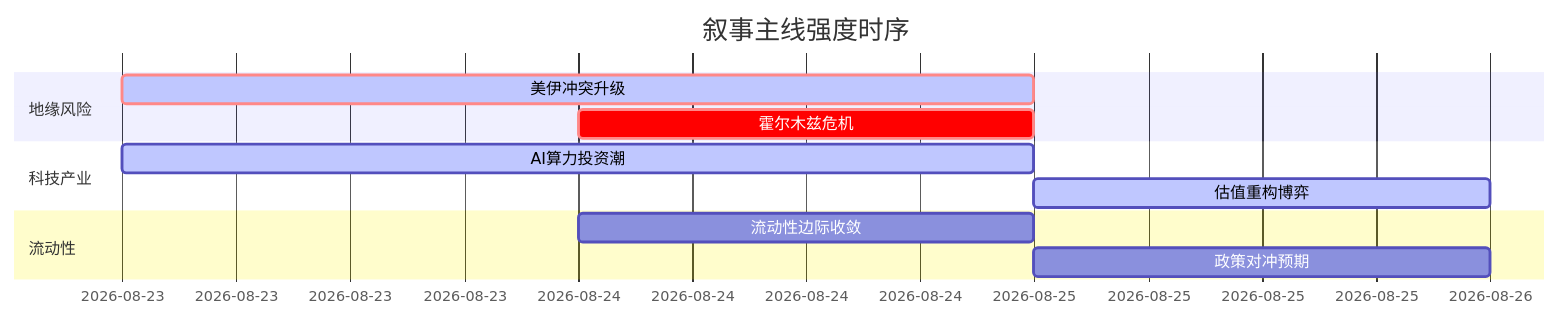
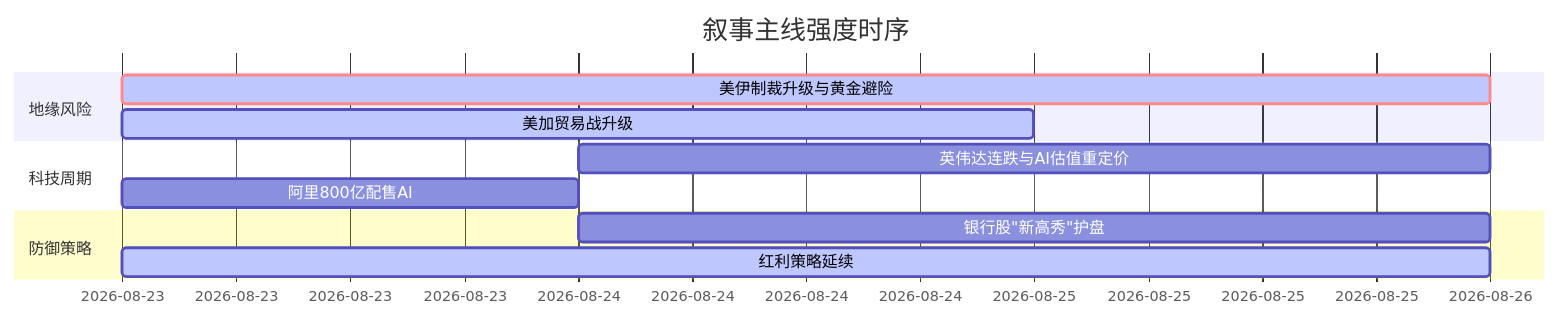
One commit to uu5zn/uu5zn.github.io changed the diagram in 5day_report.md. Above: the diagram before and after it, drawn with Mermaid. The commit also changed other lines of this file and 24 other files, not shown here.

````diff
--- a/5day_report.md
+++ b/5day_report.md
@@ -58,16 +58,16 @@
 ```mermaid
 gantt
     title 叙事主线强度时序
     dateFormat YYYY-MM-DD
     section 地缘风险
-    美伊冲突升级   :crit, active, 2026-08-23, 2d
-    霍尔木兹危机   :crit, 2026-08-24, 1d
+    美伊制裁升级与黄金避险   :crit, active, 2026-08-23, 3d
+    美加贸易战升级   :active, 2026-08-23, 2d
     
-    section 科技产业
-    AI算力投资潮   :active, 2026-08-23, 2d
-    估值重构博弈   :active, 2026-08-25, 1d
+    section 科技周期
+    英伟达连跌与AI估值重定价   :2026-08-24, 2d
+    阿里800亿配售AI   :2026-08-23, 1d
     
-    section 流动性
-    流动性边际收敛  :2026-08-24, 1d
-    政策对冲预期   :2026-08-25, 1d
+    section 防御策略
+    银行股"新高秀"护盘   :2026-08-24, 2d
+    红利策略延续   :active, 2026-08-23, 3d
 ```
````
